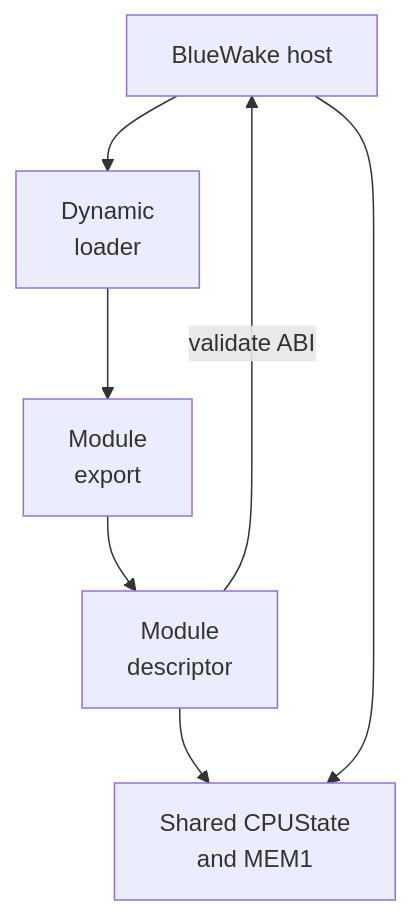
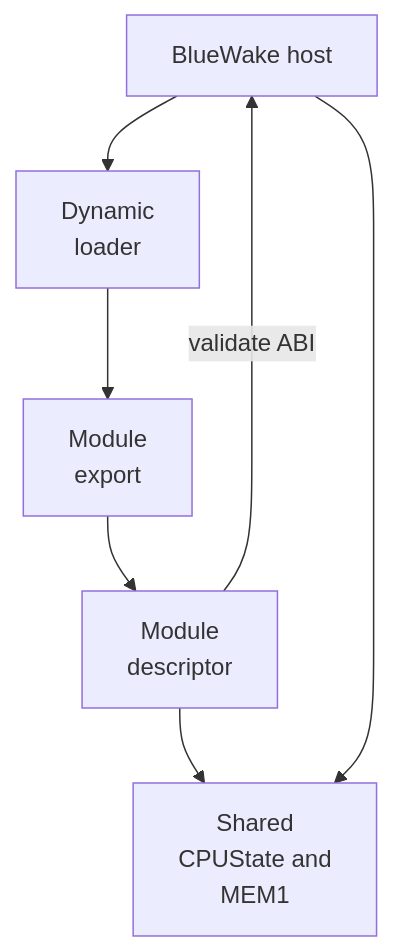
One commit to Aelbannan/boat_of_daphnes changed the first of 2 diagrams in docs/architecture/runtime/GameModule.md. Above: the diagram before and after it, drawn with Mermaid. The commit also changed 6 other files, not shown here.

Commit message:
docs: wrap Mermaid labels for GitHub width

````diff
--- a/docs/architecture/runtime/GameModule.md
+++ b/docs/architecture/runtime/GameModule.md
@@ -29,17 +29,18 @@
 ```mermaid
 flowchart TD
     Host["BlueWake host"]
     Loader["`Dynamic
 loader`"]
     Export["`Module
 export`"]
     Descriptor["`Module
 descriptor`"]
-    State["`Shared CPUState
-and MEM1`"]
+    State["`Shared
+CPUState and
+MEM1`"]
 
     Host --> Loader --> Export --> Descriptor
     Descriptor -->|"validate ABI"| Host
     Descriptor --> State
     Host --> State
 ```
````
